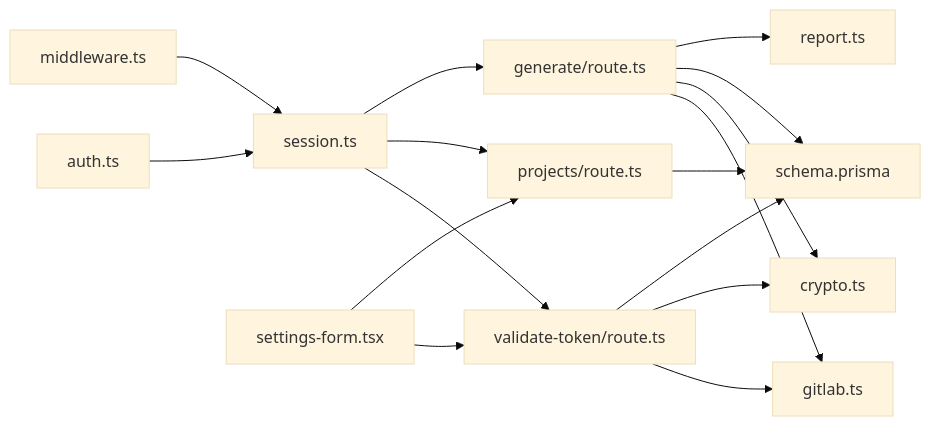
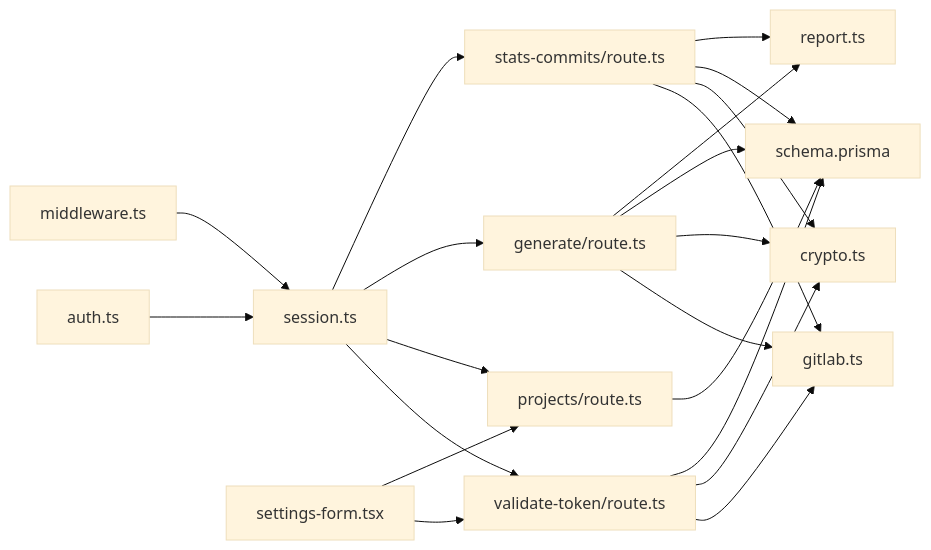
Before and after one commit to jrj444/git-daily: the tenth of 10 diagrams in .qoder/repowiki/en/content/Report Generation System/GitLab Integration.md, drawn with Mermaid (base theme). The commit also changed other lines of this file and 26 other files, not shown here.

````diff
--- a/.qoder/repowiki/en/content/Report Generation System/GitLab Integration.md
+++ b/.qoder/repowiki/en/content/Report Generation System/GitLab Integration.md
@@ -326,18 +425,23 @@
 ```mermaid
 graph LR
 VT["validate-token/route.ts"] --> GL["gitlab.ts"]
 VT --> CR["crypto.ts"]
 VT --> PR["schema.prisma"]
 PJ["projects/route.ts"] --> PR
 GR["generate/route.ts"] --> GL
 GR --> CR
 GR --> PR
 GR --> RP["report.ts"]
+SC["stats-commits/route.ts"] --> GL
+SC --> CR
+SC --> PR
+SC --> RP
 SE["session.ts"] --> VT
 SE --> PJ
 SE --> GR
+SE --> SC
 AU["auth.ts"] --> SE
 MW["middleware.ts"] --> SE
 SF["settings-form.tsx"] --> VT
 SF --> PJ
 ```
````
